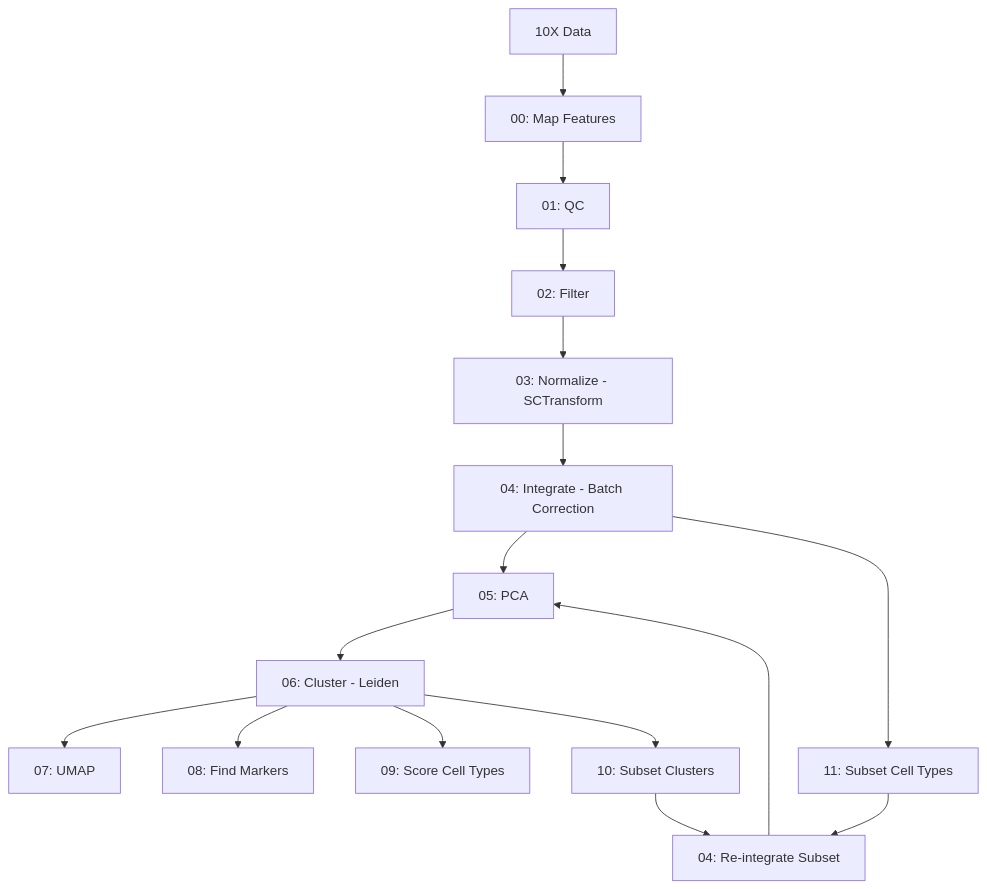
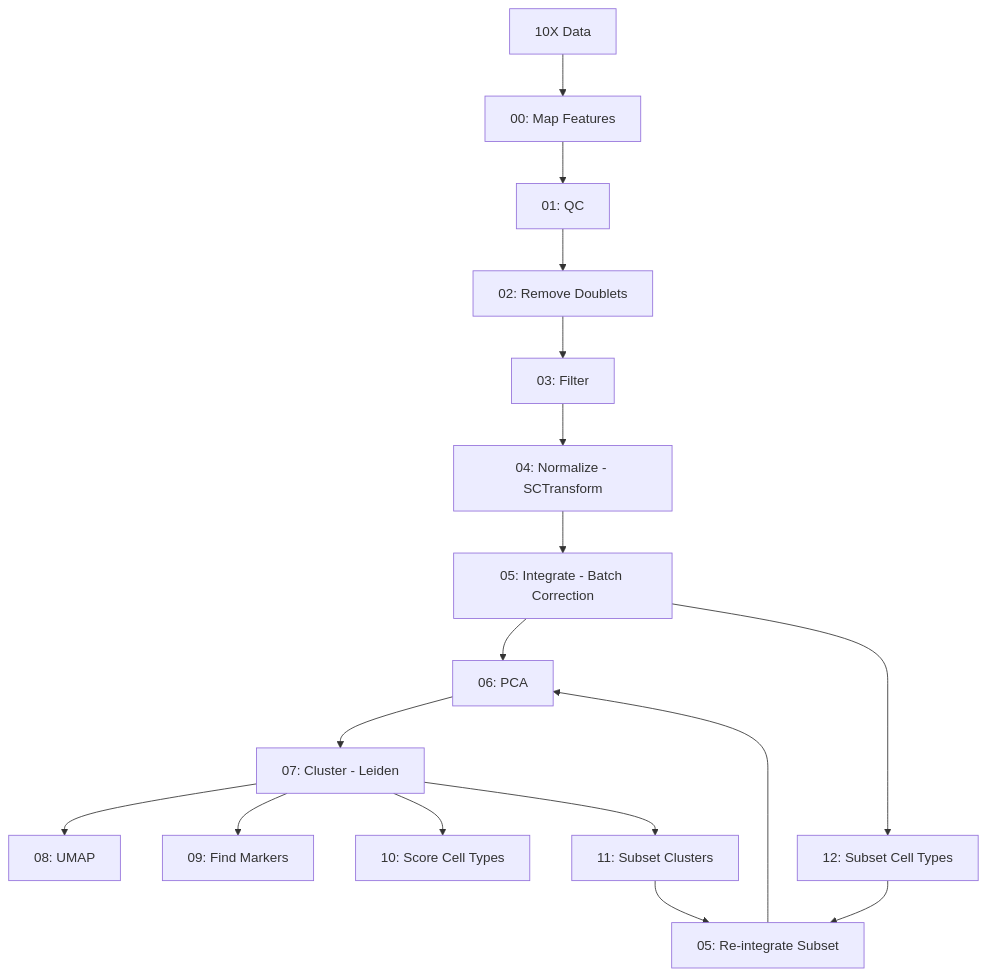
The diagram in scripts/seurat/README.md (ehda-dolatabadi/BINF7700_Capstone), drawn with Mermaid before and after one commit. The commit also changed other lines of this file and 973 other files, not shown here.

````diff
--- a/scripts/seurat/README.md
+++ b/scripts/seurat/README.md
@@ -120,18 +124,19 @@
 ```mermaid
 graph TD
     A[10X Data] --> B[00: Map Features]
     B --> C[01: QC]
-    C --> D[02: Filter]
-    D --> E[03: Normalize - SCTransform]
-    E --> F[04: Integrate - Batch Correction]
-    F --> G[05: PCA]
-    G --> H[06: Cluster - Leiden]
-    H --> I[07: UMAP]
-    H --> J[08: Find Markers]
-    H --> K[09: Score Cell Types]
-    H --> L[10: Subset Clusters]
-    F --> M[11: Subset Cell Types]
-    L --> N[04: Re-integrate Subset]
-    M --> N
-    N --> G
+    C --> D[02: Remove Doublets]
+    D --> E[03: Filter]
+    E --> F[04: Normalize - SCTransform]
+    F --> G[05: Integrate - Batch Correction]
+    G --> H[06: PCA]
+    H --> I[07: Cluster - Leiden]
+    I --> J[08: UMAP]
+    I --> K[09: Find Markers]
+    I --> L[10: Score Cell Types]
+    I --> M[11: Subset Clusters]
+    G --> N[12: Subset Cell Types]
+    M --> O[05: Re-integrate Subset]
+    N --> O
+    O --> H
 ```
````
